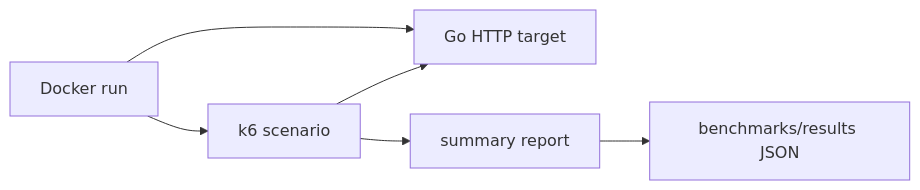
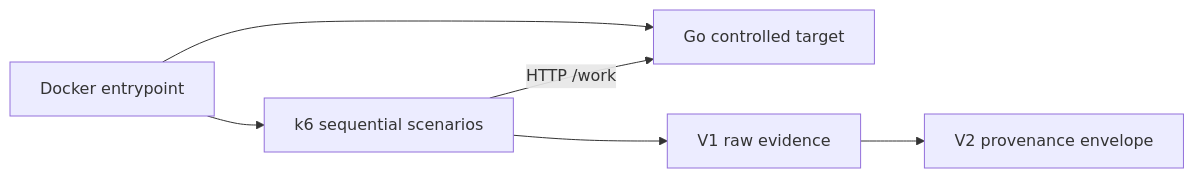
The diagram in README.md (Brilhante29/load-test-suite), drawn with Mermaid before and after one commit. The commit also changed other lines of this file and 27 other files, not shown here.

````diff
--- a/README.md
+++ b/README.md
@@ -84,8 +56,8 @@
 ```mermaid
 flowchart LR
-  A[Docker run] --> B[Go HTTP target]
-  A --> C[k6 scenario]
-  C --> B
-  C --> D[summary report]
-  D --> E[benchmarks/results JSON]
+  A["Docker entrypoint"] --> B["Go controlled target"]
+  A --> C["k6 sequential scenarios"]
+  C -->|"HTTP /work"| B
+  C --> D["V1 raw evidence"]
+  D --> E["V2 provenance envelope"]
 ```
````
